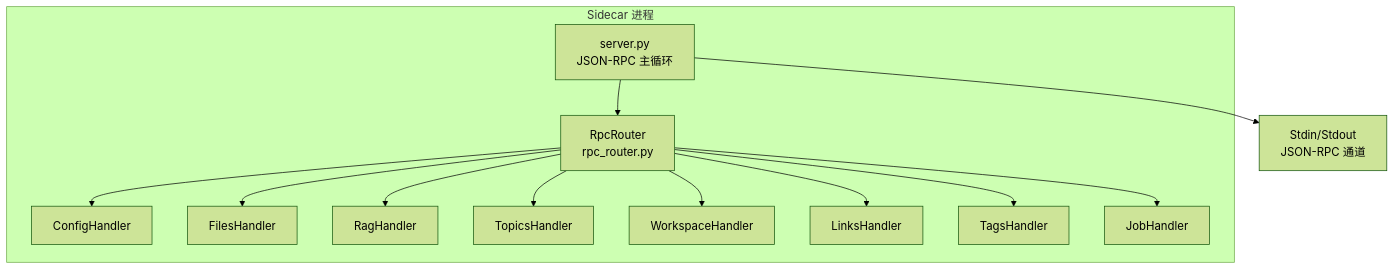
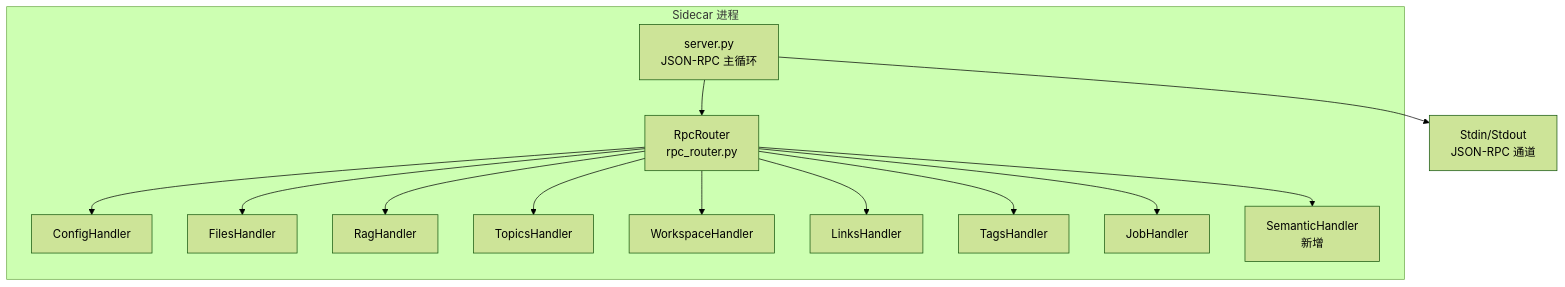
The first of 3 diagrams in .qoder/repowiki/zh/content/API 参考文档/JSON-RPC API/JSON-RPC API.md (Miles128/NoteAI), drawn with Mermaid (forest theme) before and after one commit. The commit also changed other lines of this file and 169 other files, not shown here.

````diff
--- a/.qoder/repowiki/zh/content/API 参考文档/JSON-RPC API/JSON-RPC API.md
+++ b/.qoder/repowiki/zh/content/API 参考文档/JSON-RPC API/JSON-RPC API.md
@@ -52,15 +63,16 @@
 ```mermaid
 graph TB
 subgraph "Sidecar 进程"
 A["server.py<br/>JSON-RPC 主循环"] --> B["RpcRouter<br/>rpc_router.py"]
 B --> C["ConfigHandler"]
 B --> D["FilesHandler"]
 B --> E["RagHandler"]
 B --> F["TopicsHandler"]
 B --> G["WorkspaceHandler"]
 B --> H["LinksHandler"]
 B --> I["TagsHandler"]
 B --> J["JobHandler"]
+B --> K["SemanticHandler<br/>新增"]
 end
-A --> K["Stdin/Stdout<br/>JSON-RPC 通道"]
+A --> L["Stdin/Stdout<br/>JSON-RPC 通道"]
 ```
````
